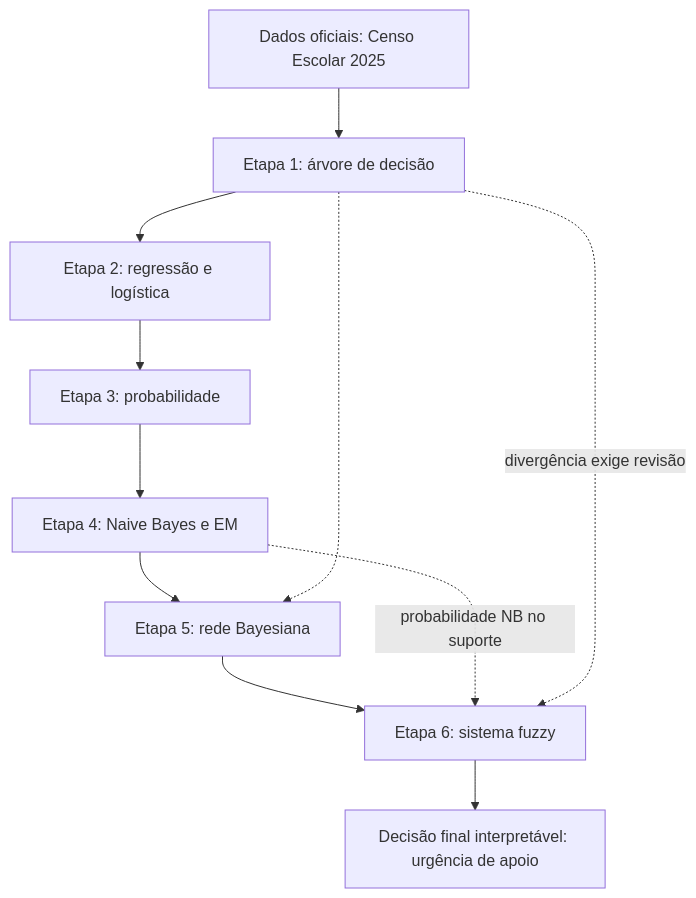
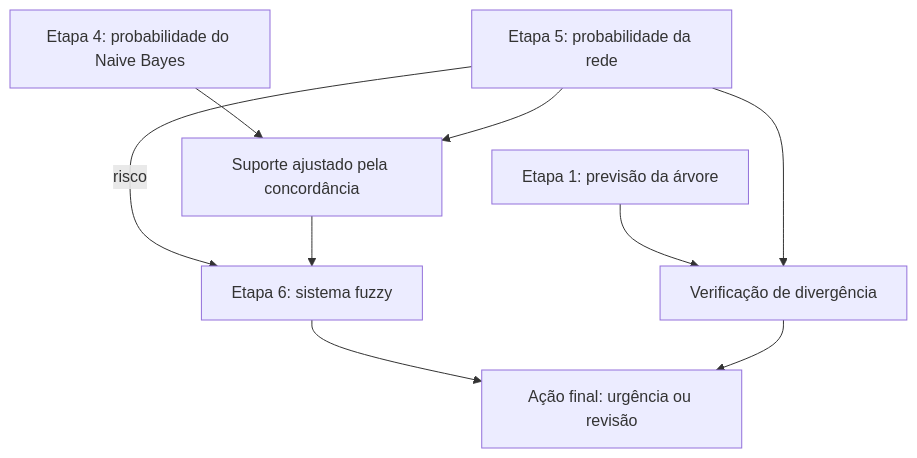
The diagram in README.md (pwtheus/pipeline-ia-simbolico-incerteza), drawn with Mermaid before and after one commit. The commit also changed other lines of this file and 2 other files, not shown here.

Commit message:
Reorganiza README e corrige preparação dos dados e apresentação fuzzy

````diff
--- a/README.md
+++ b/README.md
@@ -97,13 +92,11 @@
 ```mermaid
 flowchart TD
-    D[Dados oficiais: Censo Escolar 2025] --> E1[Etapa 1: árvore de decisão]
-    E1 --> E2[Etapa 2: regressão e logística]
-    E2 --> E3[Etapa 3: probabilidade]
-    E3 --> E4[Etapa 4: Naive Bayes e EM]
-    E4 --> E5[Etapa 5: rede Bayesiana]
-    E5 --> E6[Etapa 6: sistema fuzzy]
-    E6 --> R[Decisão final interpretável: urgência de apoio]
-    E1 -.-> E5
-    E4 -.->|probabilidade NB no suporte| E6
-    E1 -.->|divergência exige revisão| E6
+    E5["Etapa 5: probabilidade da rede"] -->|risco| F["Etapa 6: sistema fuzzy"]
+    E4["Etapa 4: probabilidade do Naive Bayes"] --> C["Suporte ajustado pela concordância"]
+    E5 --> C
+    C --> F
+    E1["Etapa 1: previsão da árvore"] --> R["Verificação de divergência"]
+    E5 --> R
+    F --> A["Ação final: urgência ou revisão"]
+    R --> A
 ```
````
